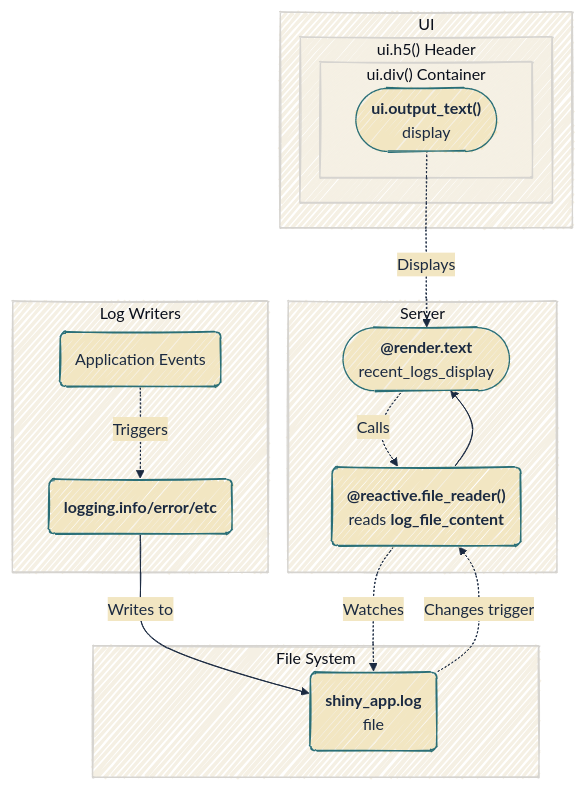
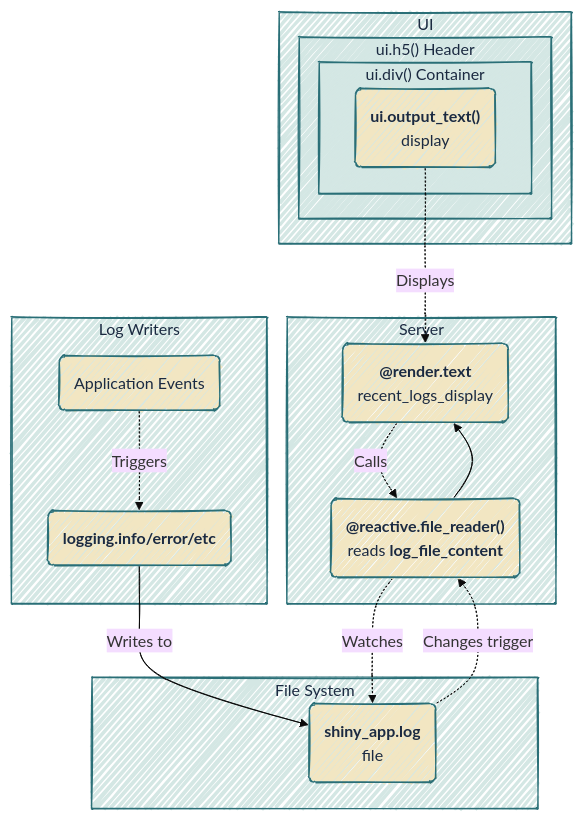
Before and after one commit to mjfrigaard/do4ds-labs: diagram 11 of 15 in app-log-py.qmd, drawn with Mermaid. The commit also changed other lines of this file and 37 other files, not shown here.

Commit message:
updates to mermaid

````diff
--- a/app-log-py.qmd
+++ b/app-log-py.qmd
@@ -1311,36 +1341,43 @@
 ```{mermaid}
 %%| fig-cap: 'Log file monitoring architecture'
 %%| fig-width: 7.0
 %%| fig-align: center
-%%{init: {'theme': 'base', 'look': 'handDrawn', 'themeVariables': { 'fontFamily': 'monospace', 'primaryColor': '#F2E6C2', 'primaryBorderColor': '#2A6F77', 'primaryTextColor': '#1B2A41', 'secondaryColor': '#d4e7e4', 'tertiaryColor': '#f5f0e4', 'lineColor': '#1B2A41', 'edgeLabelBackground': '#F2E6C2'}}}%%
+%%{init: {'theme': 'base', 'look': 'handDrawn', 'themeVariables': {'fontFamily': 'monospace'}}}%%
 
 graph TB
     subgraph UI["UI"]
 	    subgraph H5["ui.h5() Header"]
 		    subgraph DIV["ui.div() Container"]
-			    C(["<strong>ui.output_text()</strong><br>display"])
+			    C("<strong>ui.output_text()</strong><br>display")
 		    end
 	    end
 
     end
     
     subgraph SERVER["Server"]
-        D("<strong>@reactive.file_reader()</strong><br/>reads <strong>log_file_content</strong>") --> E(["<strong>@render.text</strong><br/>recent_logs_display"])
+        D("<strong>@reactive.file_reader()</strong><br>reads <strong>log_file_content</strong>") --> E("<strong>@render.text</strong><br>recent_logs_display")
     end
     
     subgraph FS["File System"]
         F("<strong>shiny_app.log</strong><br>file")
     end
     
     subgraph WRITE["Log Writers"]
         G("Application Events") -.Triggers.-> H("<strong>logging.info/error/etc</strong>")
         H --"Writes to"--> F
     end
     
     C -.Displays.-> E
     E -.Calls.-> D
     D -.Watches.-> F
     F -.Changes trigger.-> D
+    classDef default fill:#F2E6C2,stroke:#2A6F77,color:#1B2A41
+    style UI fill:#d4e7e4,stroke:#2A6F77,color:#1B2A41
+    style H5 fill:#d4e7e4,stroke:#2A6F77,color:#1B2A41
+    style DIV fill:#d4e7e4,stroke:#2A6F77,color:#1B2A41
+    style SERVER fill:#d4e7e4,stroke:#2A6F77,color:#1B2A41
+    style FS fill:#d4e7e4,stroke:#2A6F77,color:#1B2A41
+    style WRITE fill:#d4e7e4,stroke:#2A6F77,color:#1B2A41
     
     
 ```
````
